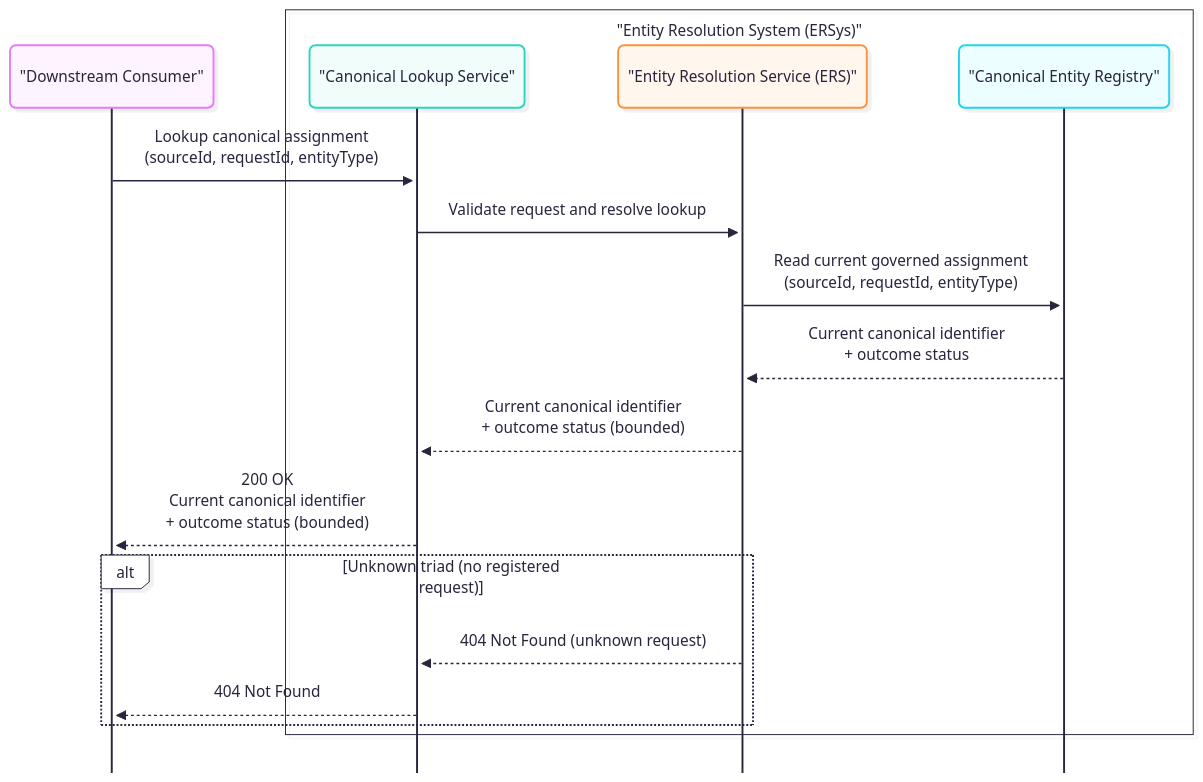
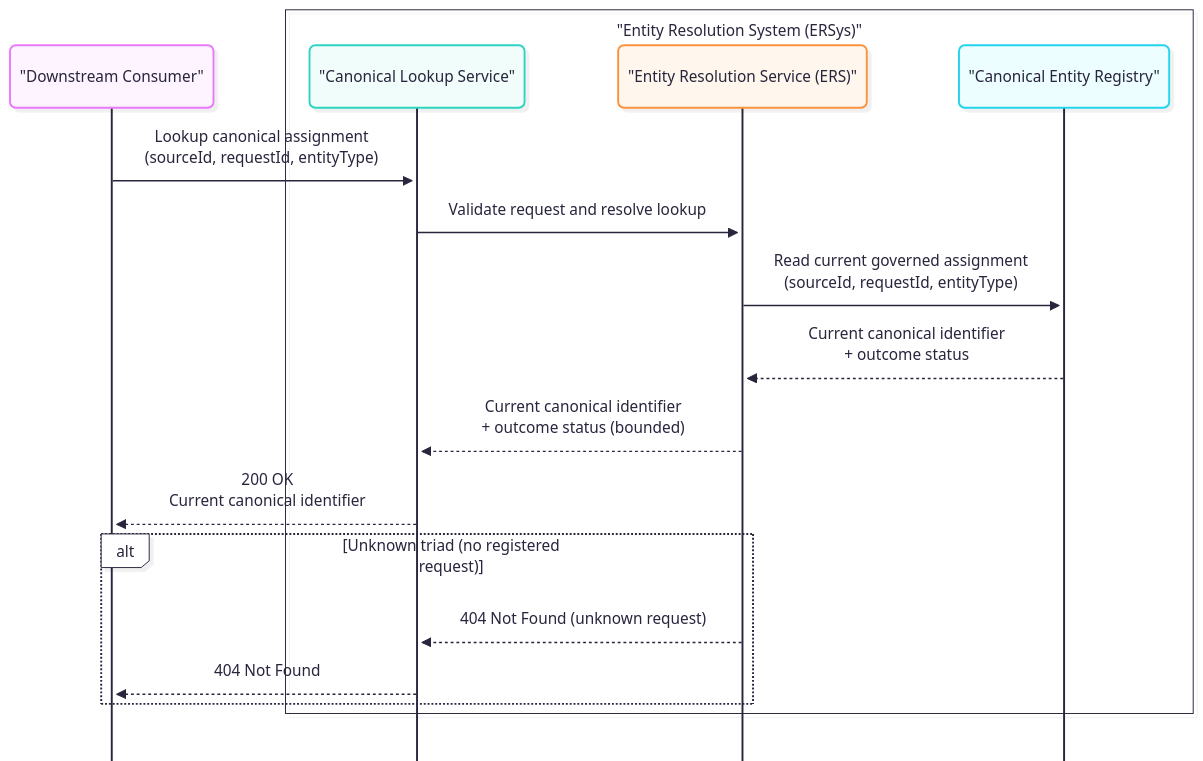
The diagram in docs/architecture/sequence_diagrams/spine-C-Lookup.mmd (OP-TED/entity-resolution-spec), drawn with Mermaid before and after one commit. The commit also changed 8 other files, not shown here.

First line of the commit message:
update the diagrams

```diff
--- a/docs/architecture/sequence_diagrams/spine-C-Lookup.mmd
+++ b/docs/architecture/sequence_diagrams/spine-C-Lookup.mmd
@@ -1,35 +1,35 @@
 ---
 config:
   look: neo
   theme: redux-color
   mirrorActors: false
   sequence:
     bottomMarginAdj: 0.1
 ---
 sequenceDiagram
 %% Maps to EA diagram: UML Sequence (Spine C)
 %% Purpose: read-only lookup of the current governed canonical assignment.
 %% Focus: triad correlation, projection semantics, bounded response, no side effects.
 %% Excludes: resolution triggering, ERE/messaging, curation, rebuild, and detailed persistence mechanics.
 
 participant DownstreamConsumer as "Downstream Consumer"
 
 box "Entity Resolution System (ERSys)"
     participant CanonicalLookup as "Canonical Lookup Service"
     participant ERS as "Entity Resolution Service (ERS)"
     participant CanonicalRegistry as "Canonical Entity Registry"
 end
 
 DownstreamConsumer ->> CanonicalLookup: Lookup canonical assignment<br/>(sourceId, requestId, entityType)
 CanonicalLookup ->> ERS: Validate request and resolve lookup
 ERS ->> CanonicalRegistry: Read current governed assignment<br/>(sourceId, requestId, entityType)
 CanonicalRegistry -->> ERS: Current canonical identifier<br/> + outcome status
 ERS -->> CanonicalLookup: Current canonical identifier <br/> + outcome status (bounded)
-CanonicalLookup -->> DownstreamConsumer: 200 OK<br/>Current canonical identifier <br/> + outcome status (bounded)
+CanonicalLookup -->> DownstreamConsumer: 200 OK<br/>Current canonical identifier
 
 alt Unknown triad (no registered request)
     ERS -->> CanonicalLookup: 404 Not Found (unknown request)
     CanonicalLookup -->> DownstreamConsumer: 404 Not Found
 end
 
 %%note right of CanonicalLookup: Lookup is strictly read-only and does not trigger (re-)resolution.<br>The returned canonical identifier is stable.<br> The assignment may evolve over time due to asynchronous processing, curation, or rebuild.
```
